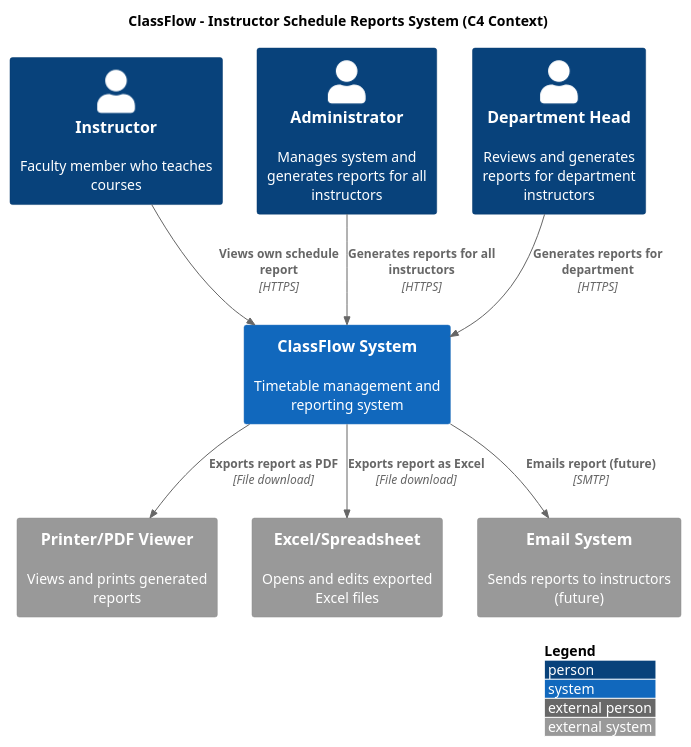
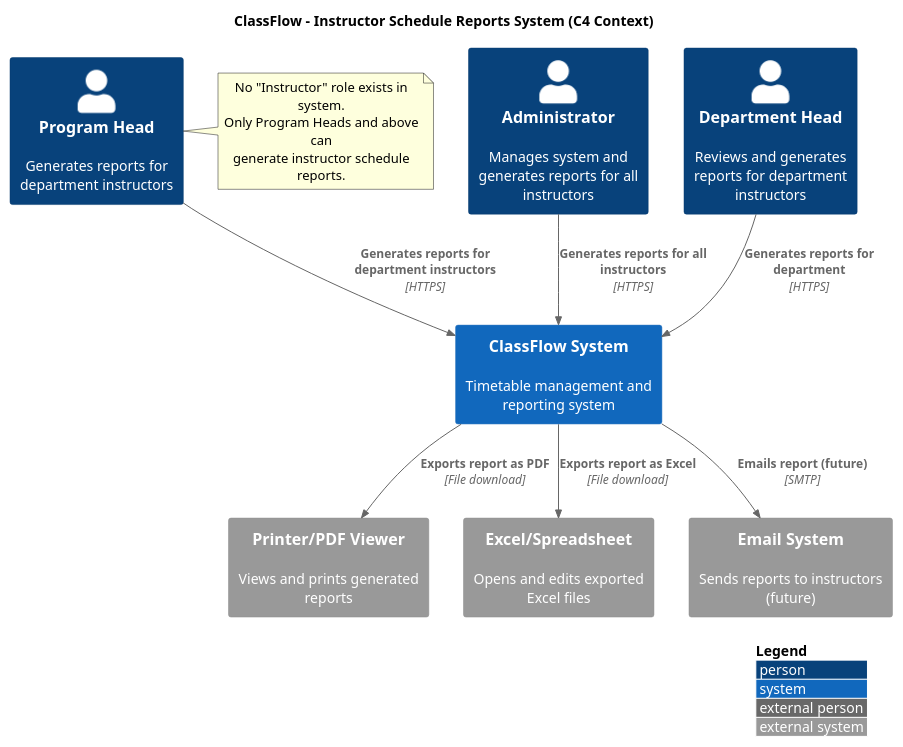
One commit to Wence024/ClassFlow changed the first of 7 diagrams in docs/c4-diagrams/instructor-reports-system.puml. Above: the diagram before and after it, drawn with PlantUML. The commit also changed other lines of this file and 1 other file, not shown here.

Commit message:
feat: Adjust instructor load calculation

```diff
--- a/docs/c4-diagrams/instructor-reports-system.puml
+++ b/docs/c4-diagrams/instructor-reports-system.puml
@@ -1,26 +1,32 @@
 @startuml Instructor Reports System - C4 Context Diagram
 !include https://raw.githubusercontent.com/plantuml-stdlib/C4-PlantUML/master/C4_Context.puml
 
 LAYOUT_WITH_LEGEND()
 
 title ClassFlow - Instructor Schedule Reports System (C4 Context)
 
-Person(instructor, "Instructor", "Faculty member who teaches courses")
+Person(progHead, "Program Head", "Generates reports for department instructors")
 Person(admin, "Administrator", "Manages system and generates reports for all instructors")
 Person(deptHead, "Department Head", "Reviews and generates reports for department instructors")
+
+note right of progHead
+    No "Instructor" role exists in system.
+    Only Program Heads and above can
+    generate instructor schedule reports.
+end note
 
 System(classflow, "ClassFlow System", "Timetable management and reporting system")
 
 System_Ext(printer, "Printer/PDF Viewer", "Views and prints generated reports")
 System_Ext(excel, "Excel/Spreadsheet", "Opens and edits exported Excel files")
 System_Ext(email, "Email System", "Sends reports to instructors (future)")
 
-Rel(instructor, classflow, "Views own schedule report", "HTTPS")
+Rel(progHead, classflow, "Generates reports for department instructors", "HTTPS")
 Rel(admin, classflow, "Generates reports for all instructors", "HTTPS")
 Rel(deptHead, classflow, "Generates reports for department", "HTTPS")
 
 Rel(classflow, printer, "Exports report as PDF", "File download")
 Rel(classflow, excel, "Exports report as Excel", "File download")
 Rel(classflow, email, "Emails report (future)", "SMTP")
 
 @enduml
```
